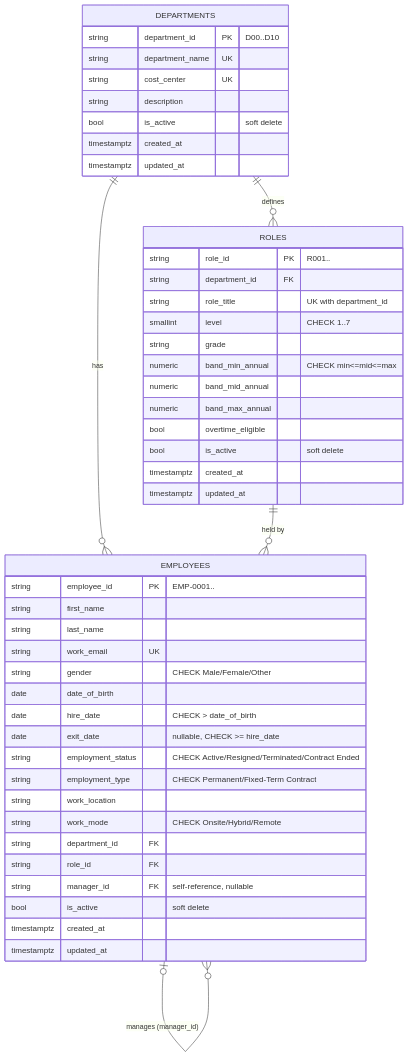
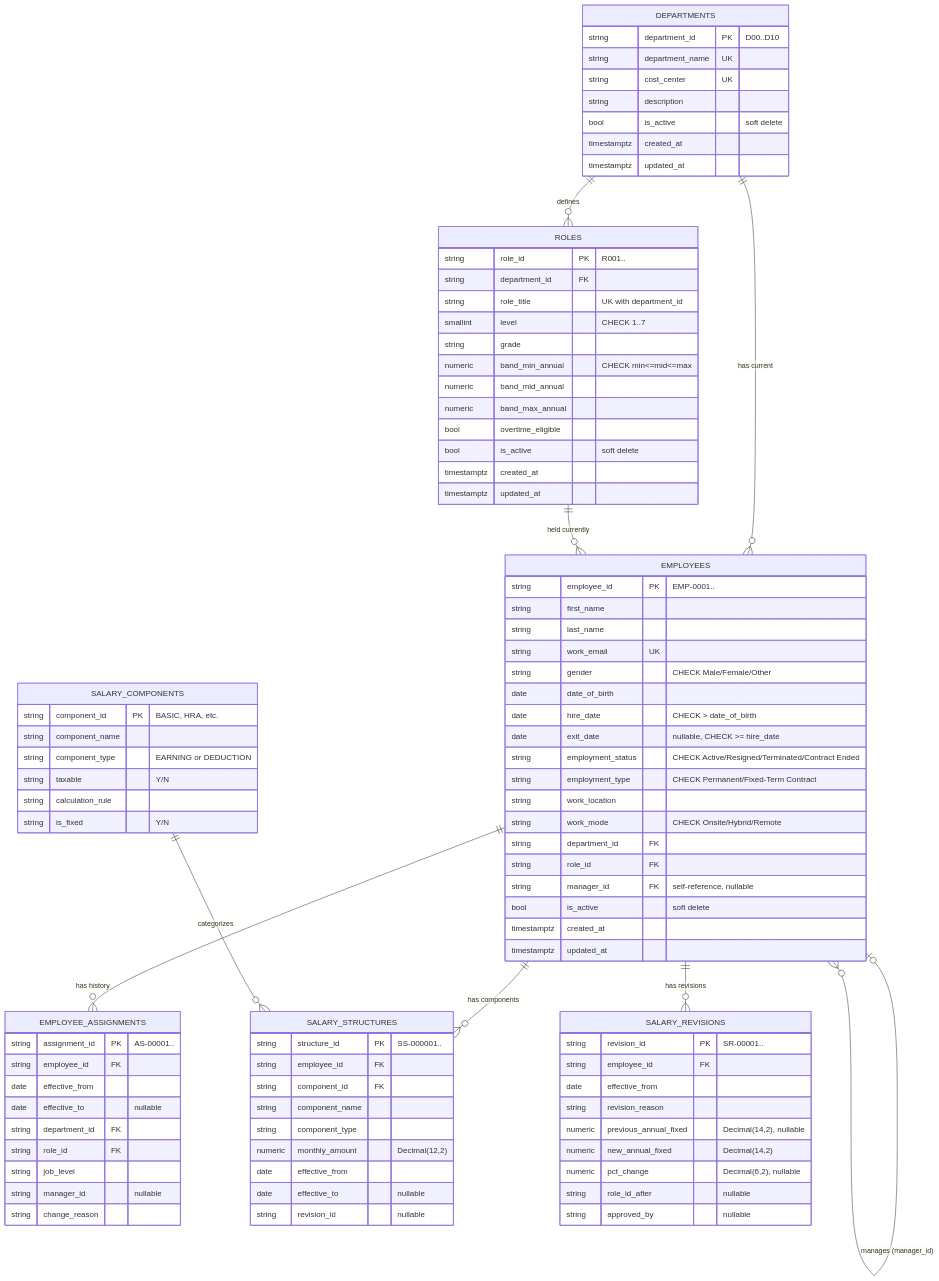
The diagram in docs/er-diagram.md (Ancilin/Foundation-Project-Setup-Employee-Data-Model), drawn with Mermaid before and after one commit. The commit also changed other lines of this file and 42 other files, not shown here.

````diff
--- a/docs/er-diagram.md
+++ b/docs/er-diagram.md
@@ -7,9 +6,13 @@
 ```mermaid
 erDiagram
     DEPARTMENTS ||--o{ ROLES : "defines"
-    DEPARTMENTS ||--o{ EMPLOYEES : "has"
-    ROLES ||--o{ EMPLOYEES : "held by"
+    DEPARTMENTS ||--o{ EMPLOYEES : "has current"
+    ROLES ||--o{ EMPLOYEES : "held currently"
     EMPLOYEES |o--o{ EMPLOYEES : "manages (manager_id)"
+    EMPLOYEES ||--o{ EMPLOYEE_ASSIGNMENTS : "has history"
+    EMPLOYEES ||--o{ SALARY_STRUCTURES : "has components"
+    EMPLOYEES ||--o{ SALARY_REVISIONS : "has revisions"
+    SALARY_COMPONENTS ||--o{ SALARY_STRUCTURES : "categorizes"
 
     DEPARTMENTS {
         string department_id PK "D00..D10"
@@ -56,4 +59,49 @@
         timestamptz created_at
         timestamptz updated_at
     }
+
+    EMPLOYEE_ASSIGNMENTS {
+        string assignment_id PK "AS-00001.."
+        string employee_id FK
+        date effective_from
+        date effective_to "nullable"
+        string department_id FK
+        string role_id FK
+        string job_level
+        string manager_id "nullable"
+        string change_reason
+    }
+
+    SALARY_COMPONENTS {
+        string component_id PK "BASIC, HRA, etc."
+        string component_name
+        string component_type "EARNING or DEDUCTION"
+        string taxable "Y/N"
+        string calculation_rule
+        string is_fixed "Y/N"
+    }
+
+    SALARY_STRUCTURES {
+        string structure_id PK "SS-000001.."
+        string employee_id FK
+        string component_id FK
+        string component_name
+        string component_type
+        numeric monthly_amount "Decimal(12,2)"
+        date effective_from
+        date effective_to "nullable"
+        string revision_id "nullable"
+    }
+
+    SALARY_REVISIONS {
+        string revision_id PK "SR-00001.."
+        string employee_id FK
+        date effective_from
+        string revision_reason
+        numeric previous_annual_fixed "Decimal(14,2), nullable"
+        numeric new_annual_fixed "Decimal(14,2)"
+        numeric pct_change "Decimal(6,2), nullable"
+        string role_id_after "nullable"
+        string approved_by "nullable"
+    }
 ```
````
